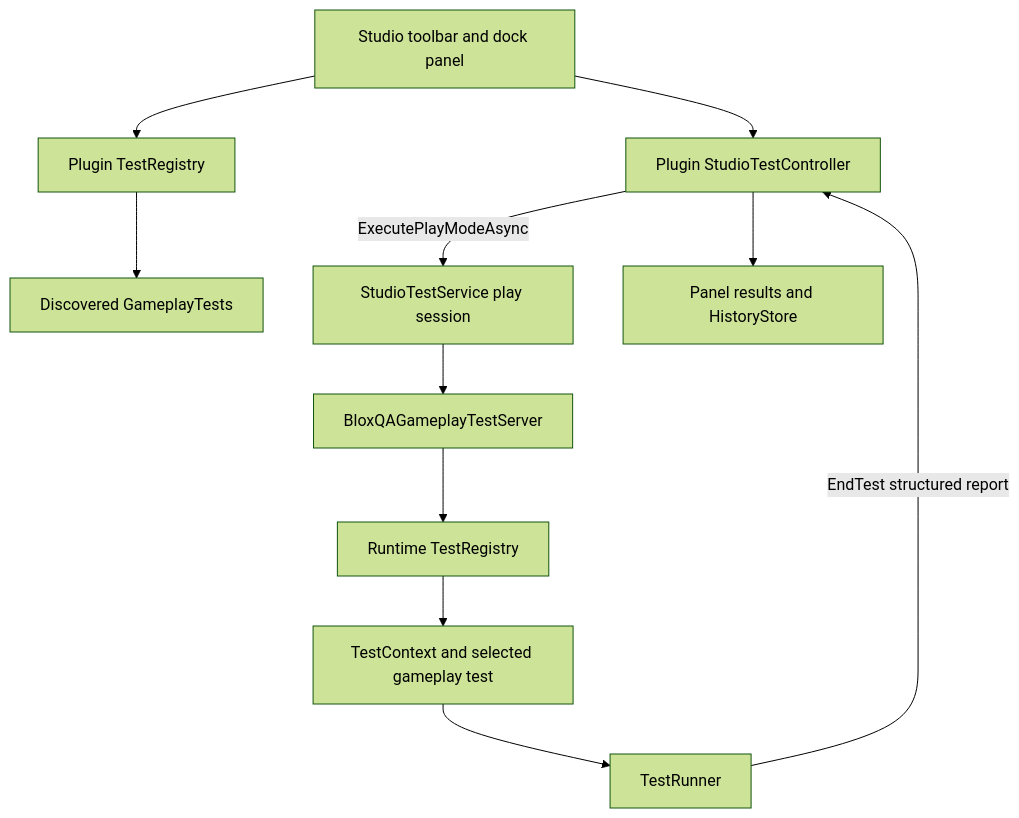
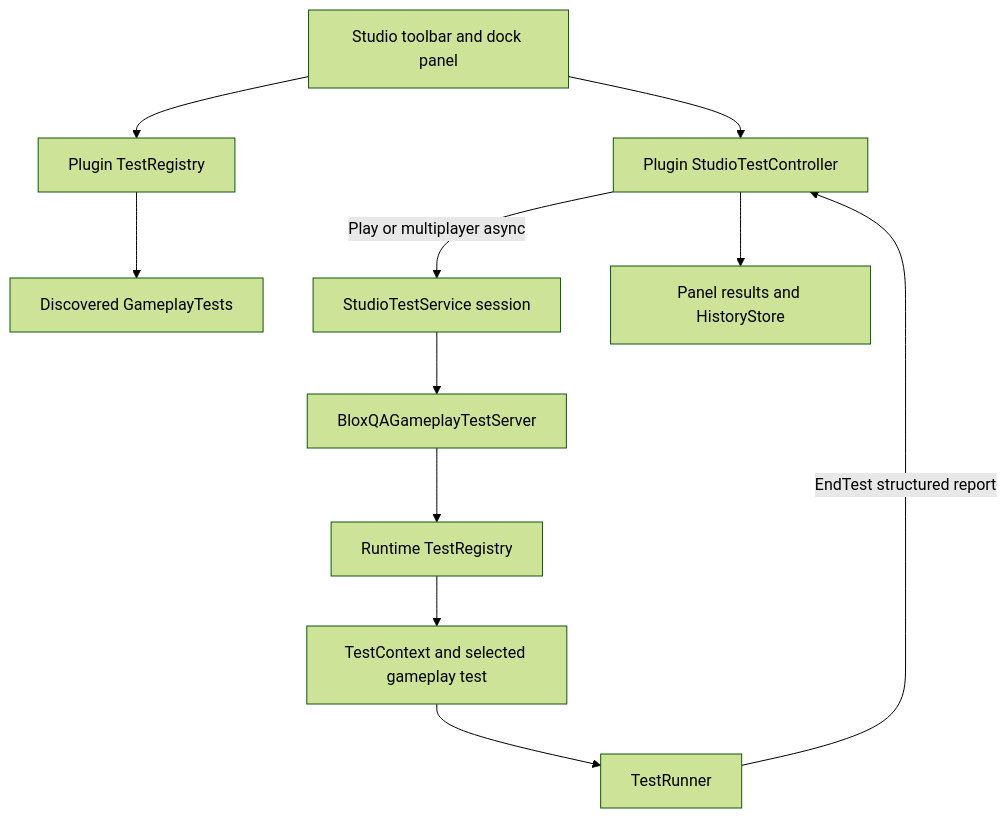
Before and after one commit to Apisalam/BloxQA: the diagram in README.md, drawn with Mermaid (forest theme). The commit also changed other lines of this file and 22 other files, not shown here.

````diff
--- a/README.md
+++ b/README.md
@@ -36,13 +38,13 @@
 ```mermaid
 flowchart TD
     A[Studio toolbar and dock panel] --> B[Plugin TestRegistry]
     B --> C[Discovered GameplayTests]
     A --> D[Plugin StudioTestController]
-    D -->|ExecutePlayModeAsync| E[StudioTestService play session]
+    D -->|Play or multiplayer async| E[StudioTestService session]
     E --> F[BloxQAGameplayTestServer]
     F --> G[Runtime TestRegistry]
     G --> H[TestContext and selected gameplay test]
     H --> I[TestRunner]
     I -->|EndTest structured report| D
     D --> J[Panel results and HistoryStore]
 ```
````
